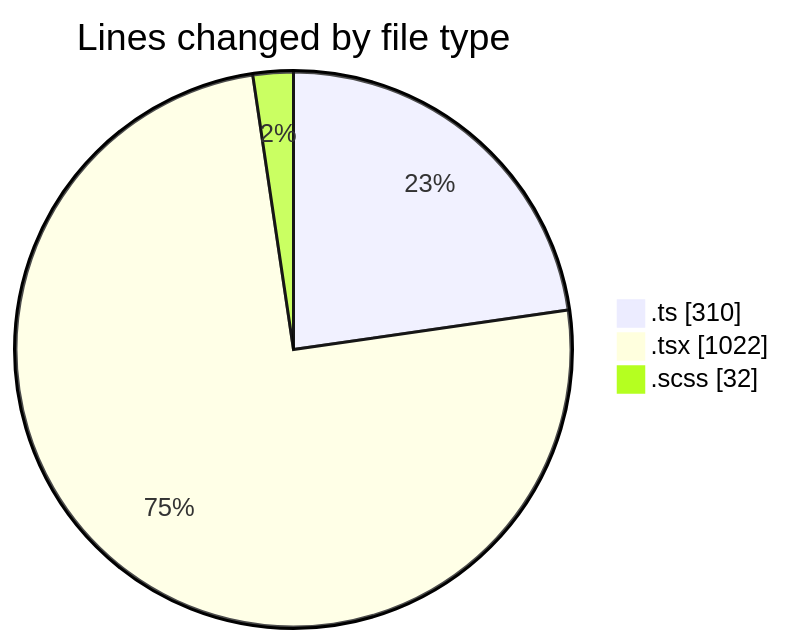
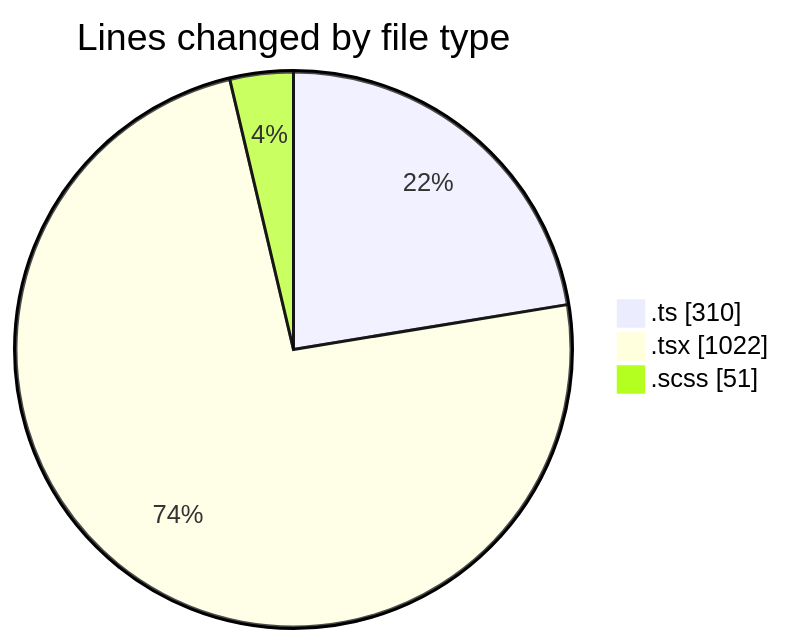
One commit to momahboobian/code-tracking changed the first of 2 diagrams in 2026-09-09/cda/README.md. Above: the diagram before and after it, drawn with Mermaid. The commit also changed other lines of this file and 1 other file, not shown here.

````diff
--- a/2026-09-09/cda/README.md
+++ b/2026-09-09/cda/README.md
@@ -32,7 +32,7 @@
 ```mermaid
 pie showData
 title Lines changed by file type
 ".ts" : 310
 ".tsx" : 1022
-".scss" : 32
+".scss" : 51
 ```
````
